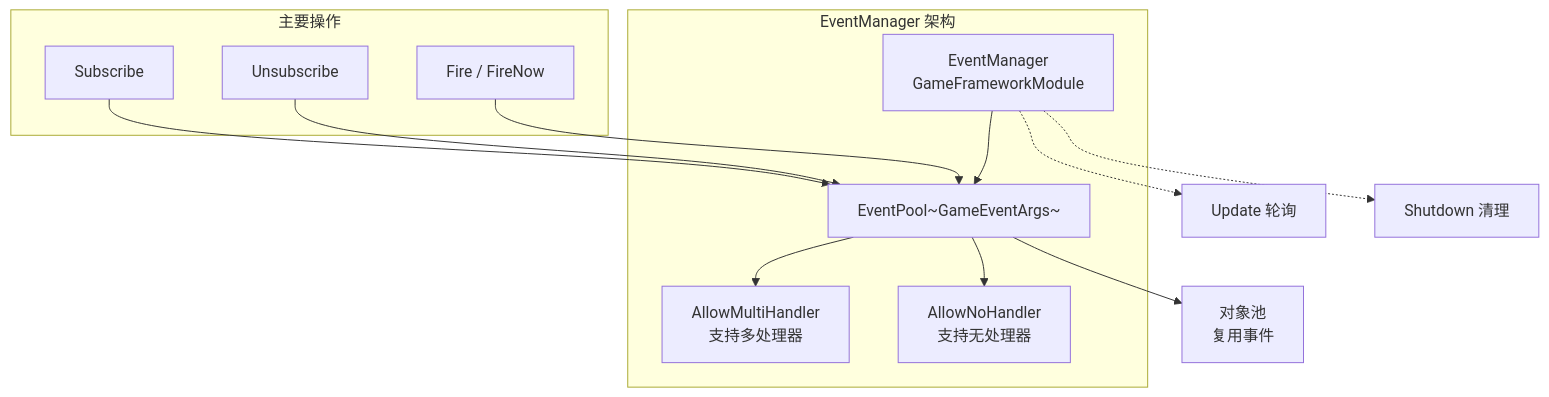
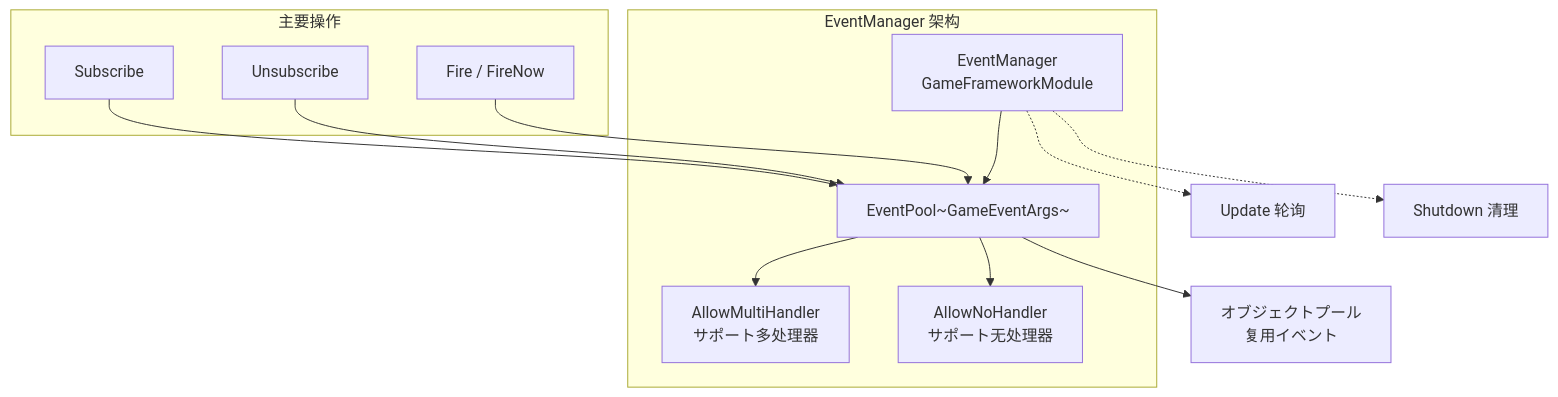
Before and after one commit to AlianBlank/GameFrameX.Docs: the first of 3 diagrams in docs/ja/client/unity/component/event/06.event-manager.md, drawn with Mermaid. The commit also changed other lines of this file and 603 other files, not shown here.

````diff
--- a/docs/ja/client/unity/component/event/06.event-manager.md
+++ b/docs/ja/client/unity/component/event/06.event-manager.md
@@ -25,19 +25,19 @@
 ```mermaid
 flowchart TD
     subgraph EventManager["EventManager 架构"]
         EM[EventManager<br/>GameFrameworkModule] --> EP[EventPool~GameEventArgs~]
-        EP --> Mode1[AllowMultiHandler<br/>支持多处理器]
-        EP --> Mode2[AllowNoHandler<br/>支持无处理器]
+        EP --> Mode1[AllowMultiHandler<br/>サポート多处理器]
+        EP --> Mode2[AllowNoHandler<br/>サポート无处理器]
     end
     
     subgraph Operations["主要操作"]
         Sub[Subscribe] --> EP
         Unsub[Unsubscribe] --> EP
         Fire[Fire / FireNow] --> EP
     end
     
-    EP --> Pool[对象池<br/>复用事件]
+    EP --> Pool[オブジェクトプール<br/>复用イベント]
     
     EM -.-> Update[Update 轮询]
     EM -.-> Shutdown[Shutdown 清理]
 ```
````
